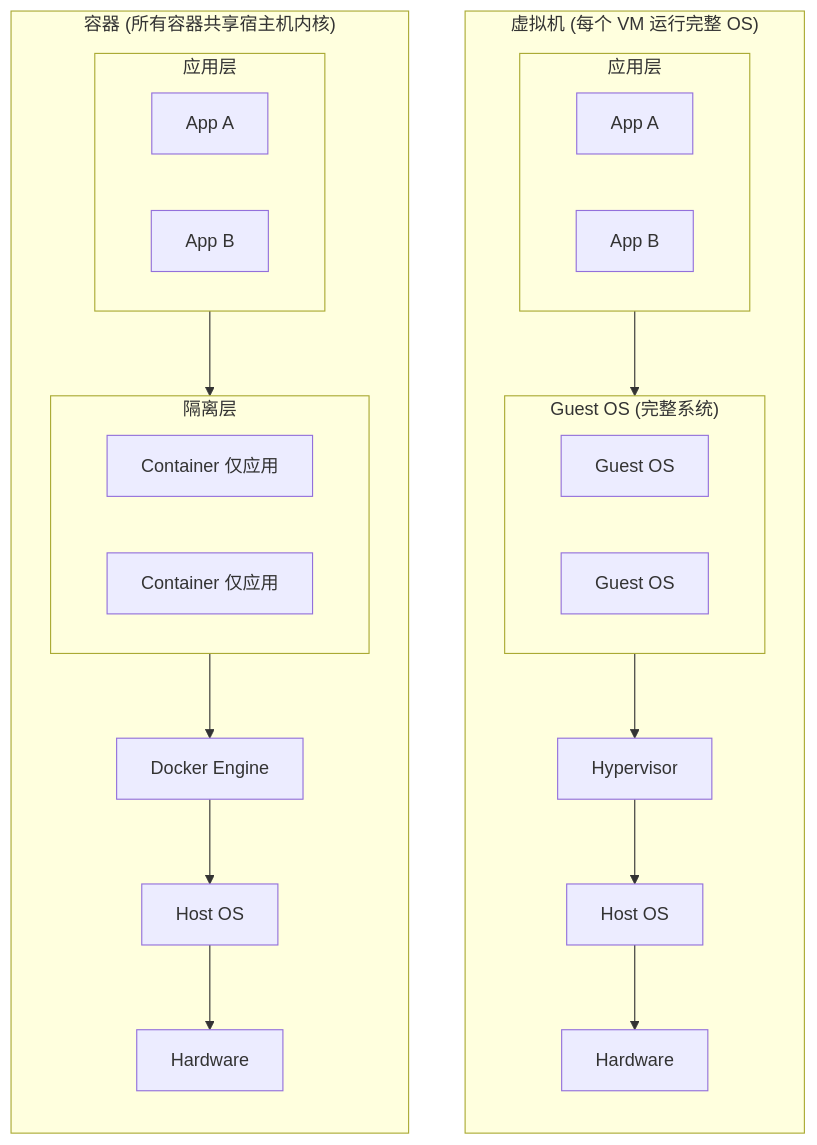
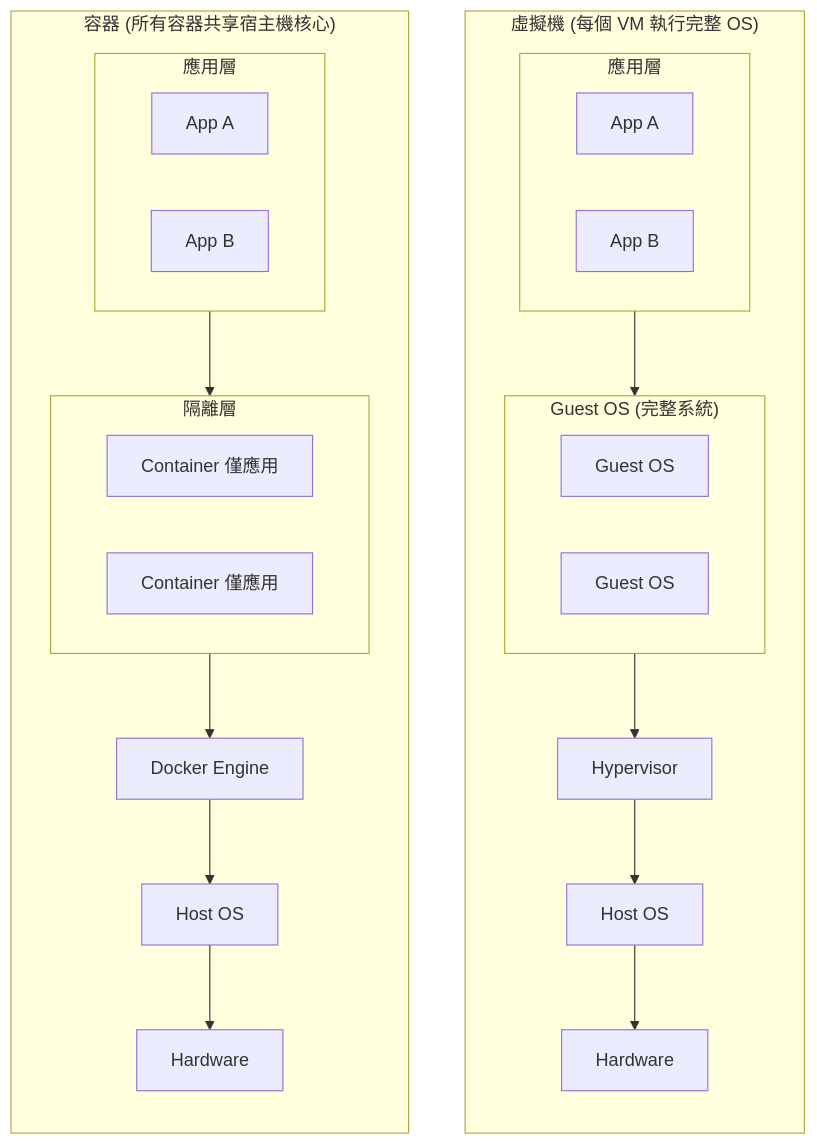
The second of 4 diagrams in 02_basic_concept/2.2_container.md (doggy8088/docker_practice), drawn with Mermaid before and after one commit. The commit also changed other lines of this file and 210 other files, not shown here.

````diff
--- a/02_basic_concept/2.2_container.md
+++ b/02_basic_concept/2.2_container.md
@@ -40,30 +40,30 @@
 ```mermaid
 flowchart TD
-    subgraph VM ["虚拟机 (每个 VM 运行完整 OS)"]
+    subgraph VM ["虛擬機 (每個 VM 執行完整 OS)"]
         direction TB
-        subgraph VMApp ["应用层"]
+        subgraph VMApp ["應用層"]
             VA[App A] & VB[App B]
         end
-        subgraph VMGuest ["Guest OS (完整系统)"]
+        subgraph VMGuest ["Guest OS (完整系統)"]
             G1[Guest OS] & G2[Guest OS]
         end
         V[Hypervisor]
         VMH[Host OS]
         VMHW[Hardware]
         VMApp --> VMGuest --> V --> VMH --> VMHW
     end
     
-    subgraph Container ["容器 (所有容器共享宿主机内核)"]
+    subgraph Container ["容器 (所有容器共享宿主機核心)"]
         direction TB
-        subgraph CApp ["应用层"]
+        subgraph CApp ["應用層"]
             CA[App A] & CB[App B]
         end
-        subgraph CContainer ["隔离层"]
-            CC1[Container 仅应用] & CC2[Container 仅应用]
+        subgraph CContainer ["隔離層"]
+            CC1[Container 僅應用] & CC2[Container 僅應用]
         end
         CE[Docker Engine]
         CH[Host OS]
         CHW[Hardware]
         CApp --> CContainer --> CE --> CH --> CHW
     end
 ```
````
